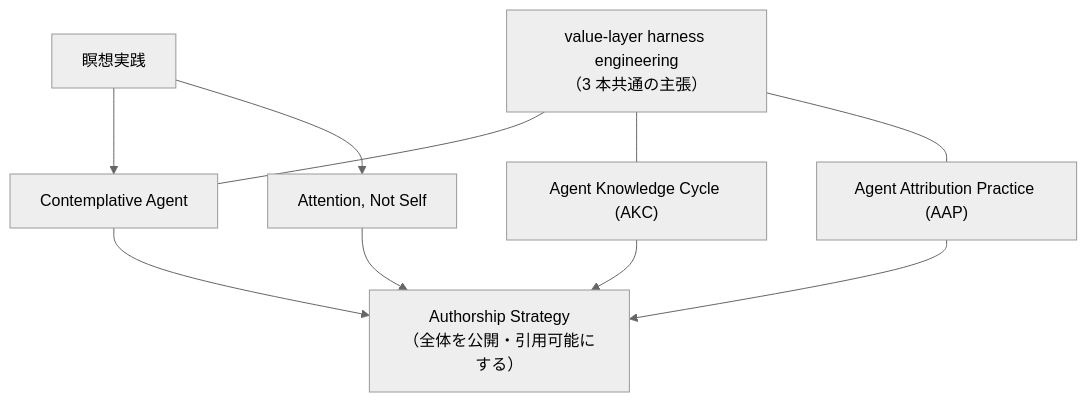
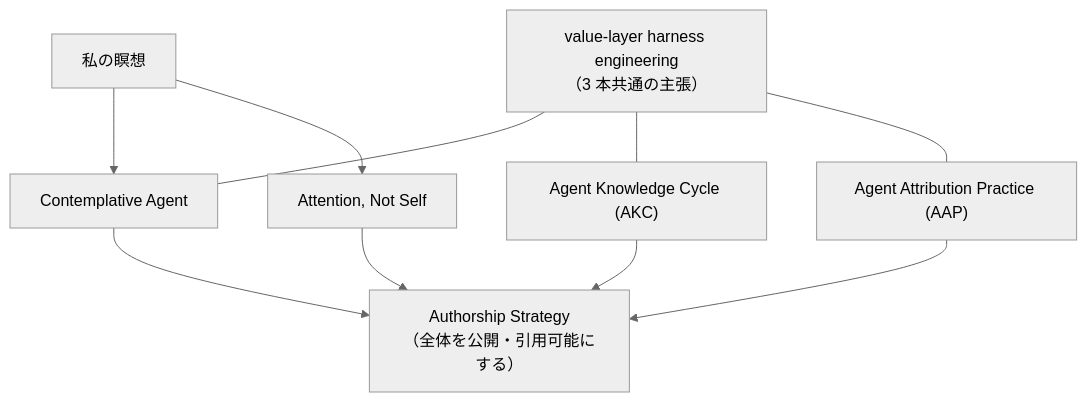
Before and after one commit to shimo4228/shimo4228: the diagram in README.ja.md, drawn with Mermaid (neutral theme). The commit also changed other lines of this file and 1 other file, not shown here.

````diff
--- a/README.ja.md
+++ b/README.ja.md
@@ -27,9 +33,9 @@
 ```mermaid
 graph TD
-    M["瞑想実践"] --> CA["Contemplative Agent"]
+    M["私の瞑想"] --> CA["Contemplative Agent"]
     M --> ANS["Attention, Not Self"]
     V["value-layer harness engineering<br>（3 本共通の主張）"] --- CA
     V --- AKC["Agent Knowledge Cycle (AKC)"]
     V --- AAP["Agent Attribution Practice (AAP)"]
     CA & AKC & AAP & ANS --> AS["Authorship Strategy<br>（全体を公開・引用可能にする）"]
 ```
````
